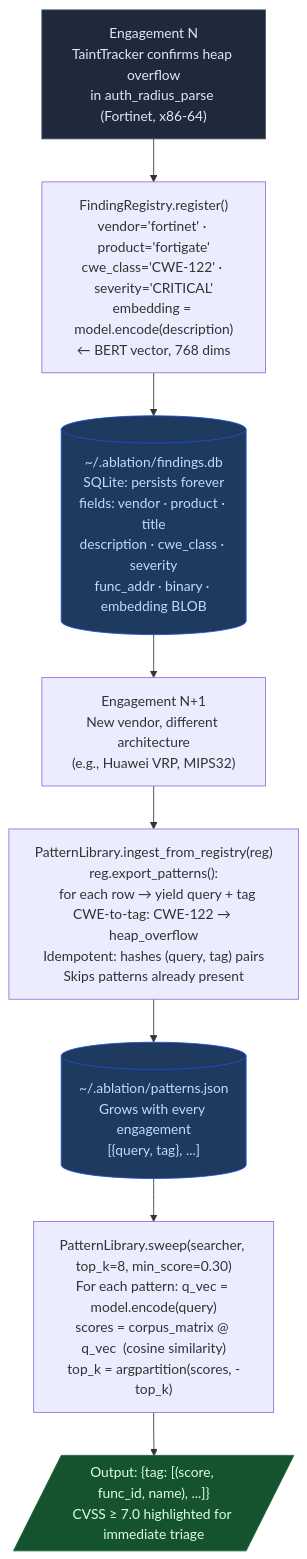
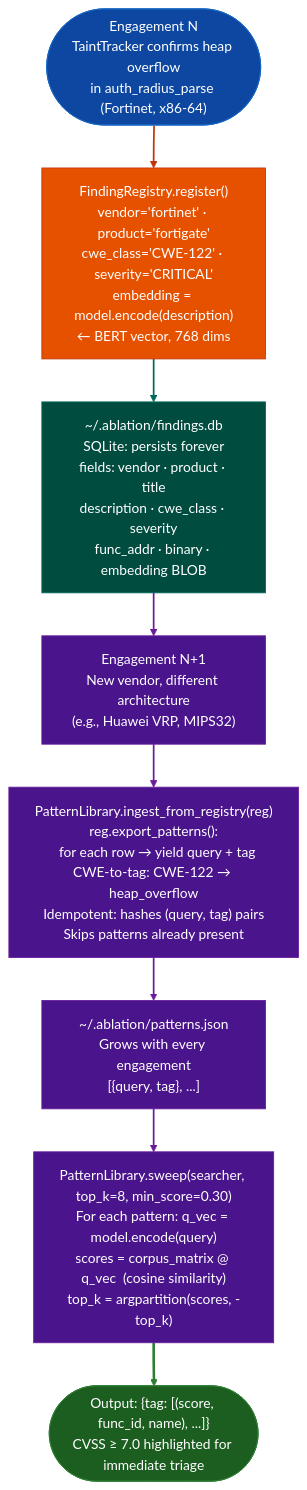
Before and after one commit to Ablation-Tool/ablation: the diagram in docs/reference-modules/cross-target-learning.md, drawn with Mermaid. The commit also changed 320 other files, not shown here.

First line of the commit message:
docs: apply canonical Mermaid template to all 321 diagrams

````diff
--- a/docs/reference-modules/cross-target-learning.md
+++ b/docs/reference-modules/cross-target-learning.md
@@ -23,21 +23,29 @@
 ```mermaid
 flowchart TD
-    A["Engagement N\nTaintTracker confirms heap overflow\nin auth_radius_parse (Fortinet, x86-64)"] --> B["FindingRegistry.register()\nvendor='fortinet' · product='fortigate'\ncwe_class='CWE-122' · severity='CRITICAL'\nembedding = model.encode(description)\n← BERT vector, 768 dims"]
+    A(["Engagement N\nTaintTracker confirms heap overflow\nin auth_radius_parse (Fortinet, x86-64)"]):::input --> B["FindingRegistry.register()\nvendor='fortinet' · product='fortigate'\ncwe_class='CWE-122' · severity='CRITICAL'\nembedding = model.encode(description)\n← BERT vector, 768 dims"]:::primary
 
-    B --> C[("~/.ablation/findings.db\nSQLite: persists forever\nfields: vendor · product · title\ndescription · cwe_class · severity\nfunc_addr · binary · embedding BLOB")]
+    B:::primary --> C["~/.ablation/findings.db\nSQLite: persists forever\nfields: vendor · product · title\ndescription · cwe_class · severity\nfunc_addr · binary · embedding BLOB"]:::secondary
 
-    C --> D["Engagement N+1\nNew vendor, different architecture\n(e.g., Huawei VRP, MIPS32)"]
+    C:::secondary --> D["Engagement N+1\nNew vendor, different architecture\n(e.g., Huawei VRP, MIPS32)"]:::tertiary
 
-    D --> E["PatternLibrary.ingest_from_registry(reg)\nreg.export_patterns():\n  for each row → yield query + tag\nCWE-to-tag: CWE-122 → heap_overflow\nIdempotent: hashes (query, tag) pairs\nSkips patterns already present"]
+    D:::tertiary --> E["PatternLibrary.ingest_from_registry(reg)\nreg.export_patterns():\n  for each row → yield query + tag\nCWE-to-tag: CWE-122 → heap_overflow\nIdempotent: hashes (query, tag) pairs\nSkips patterns already present"]:::tertiary
 
-    E --> F[("~/.ablation/patterns.json\nGrows with every engagement\n[{query, tag}, ...]")]
+    E:::tertiary --> F["~/.ablation/patterns.json\nGrows with every engagement\n[{query, tag}, ...]"]:::tertiary
 
-    F --> G["PatternLibrary.sweep(searcher, top_k=8, min_score=0.30)\nFor each pattern: q_vec = model.encode(query)\nscores = corpus_matrix @ q_vec  (cosine similarity)\ntop_k = argpartition(scores, -top_k)"]
+    F:::tertiary --> G["PatternLibrary.sweep(searcher, top_k=8, min_score=0.30)\nFor each pattern: q_vec = model.encode(query)\nscores = corpus_matrix @ q_vec  (cosine similarity)\ntop_k = argpartition(scores, -top_k)"]:::tertiary
 
-    G --> H[/"Output: {tag: [(score, func_id, name), ...]}\nCVSS ≥ 7.0 highlighted for immediate triage"/]
-
-    style A fill:#1e293b,stroke:#475569,color:#e2e8f0
-    style C fill:#1e3a5f,stroke:#1d4ed8,color:#bfdbfe
-    style F fill:#1e3a5f,stroke:#1d4ed8,color:#bfdbfe
-    style H fill:#14532d,stroke:#166534,color:#dcfce7
+    G:::tertiary --> H(["Output: {tag: [(score, func_id, name), ...]}\nCVSS ≥ 7.0 highlighted for immediate triage"]):::output
+    classDef input     fill:#0d47a1,stroke:#1565c0,color:#fff
+    classDef primary   fill:#e65100,stroke:#bf360c,color:#fff
+    classDef secondary fill:#004d40,stroke:#00695c,color:#fff
+    classDef tertiary  fill:#4a148c,stroke:#6a1b9a,color:#fff
+    classDef neutral   fill:#37474f,stroke:#546e7a,color:#fff
+    classDef output    fill:#1b5e20,stroke:#2e7d32,color:#fff
+    linkStyle 0 stroke:#bf360c,stroke-width:2px
+    linkStyle 1 stroke:#00695c,stroke-width:2px
+    linkStyle 2 stroke:#6a1b9a,stroke-width:2px
+    linkStyle 3 stroke:#6a1b9a,stroke-width:2px
+    linkStyle 4 stroke:#6a1b9a,stroke-width:2px
+    linkStyle 5 stroke:#6a1b9a,stroke-width:2px
+    linkStyle 6 stroke:#2e7d32,stroke-width:3px
 ```
````
